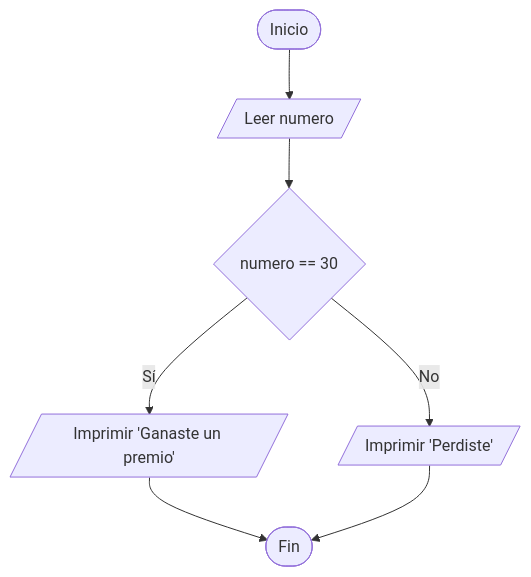
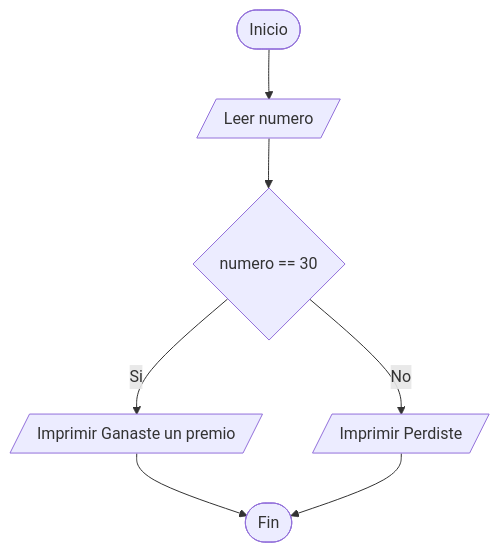
The first of 9 diagrams in diagramas.md (leslyquintero-eng/Taller-Condicionales-UTP), drawn with Mermaid before and after one commit. The commit also changed other lines of this file, not shown here.

Commit message:
Update flowchart text for clarity and consistency

````diff
--- a/diagramas.md
+++ b/diagramas.md
@@ -5,9 +4,9 @@
 ```mermaid
 graph TD
     A([Inicio]) --> B[/Leer numero/]
     B --> C{numero == 30}
-    C -- Sí --> D[/Imprimir 'Ganaste un premio'/]
-    C -- No --> E[/Imprimir 'Perdiste'/]
+    C -- Si --> D[/Imprimir Ganaste un premio/]
+    C -- No --> E[/Imprimir Perdiste/]
     D --> F([Fin])
     E --> F
 ```
````
